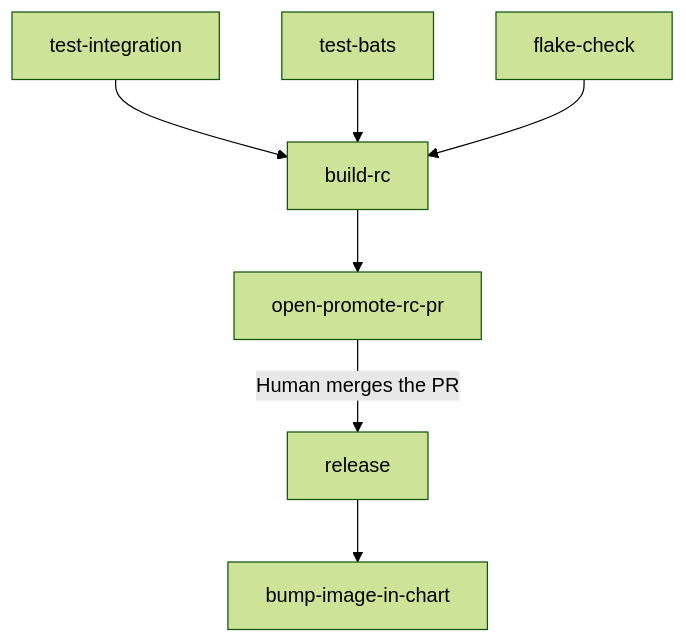
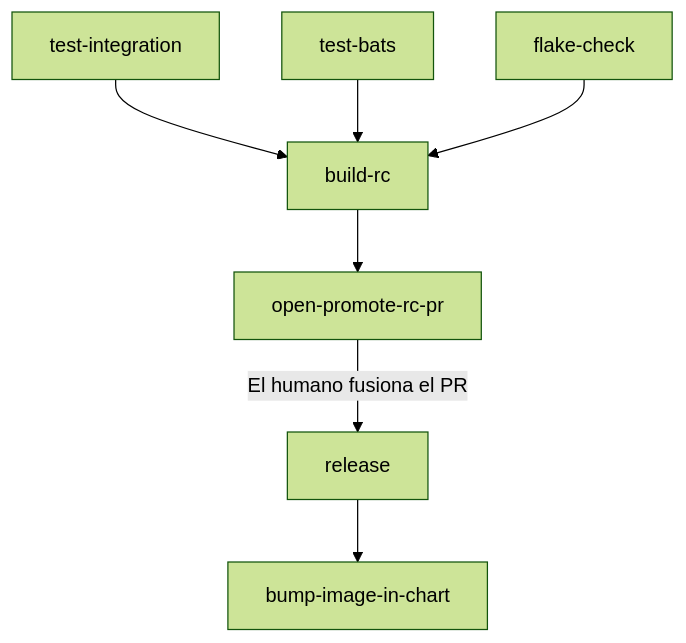
Before and after one commit to GaloyMoney/lana-bank: the second of 2 diagrams in docs-site/i18n/es/docusaurus-plugin-content-docs/current/for-platform-engineers/deployment/ci-cd.md, drawn with Mermaid (forest theme). The commit also changed other lines of this file and 76 other files, not shown here.

````diff
--- a/docs-site/i18n/es/docusaurus-plugin-content-docs/current/for-platform-engineers/deployment/ci-cd.md
+++ b/docs-site/i18n/es/docusaurus-plugin-content-docs/current/for-platform-engineers/deployment/ci-cd.md
@@ -106,9 +106,9 @@
 ```mermaid
 graph TD
     TI["test-integration"] --> BRC["build-rc"]
     TB["test-bats"] --> BRC
     FC["flake-check"] --> BRC
     BRC --> OPR["open-promote-rc-pr"]
-    OPR -->|"Human merges the PR"| REL["release"]
+    OPR -->|"El humano fusiona el PR"| REL["release"]
     REL --> BIC["bump-image-in-chart"]
 ```
````
